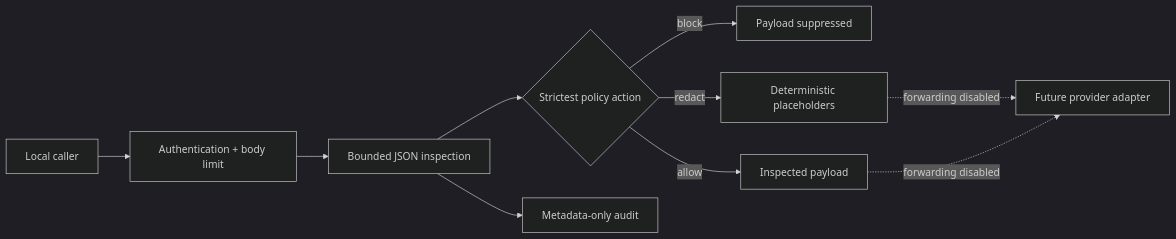
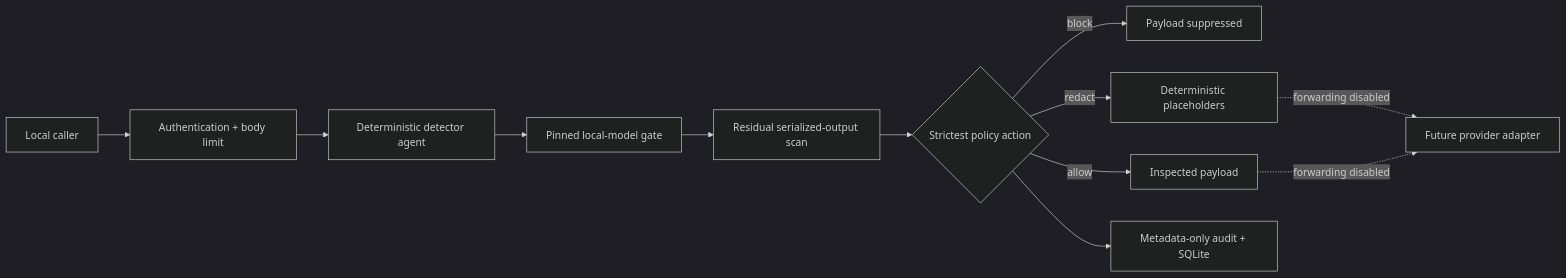
One commit to manufaujdar/ai-firewall changed the diagram in README.md. Above: the diagram before and after it, drawn with Mermaid (dark theme). The commit also changed other lines of this file and 28 other files, not shown here.

````diff
--- a/README.md
+++ b/README.md
@@ -66,12 +78,14 @@
 ```mermaid
 flowchart LR
     A["Local caller"] --> B["Authentication + body limit"]
-    B --> C["Bounded JSON inspection"]
-    C --> D{"Strictest policy action"}
+    B --> C["Deterministic detector agent"]
+    C --> M["Pinned local-model gate"]
+    M --> R["Residual serialized-output scan"]
+    R --> D{"Strictest policy action"}
     D -->|block| E["Payload suppressed"]
     D -->|redact| F["Deterministic placeholders"]
     D -->|allow| G["Inspected payload"]
-    C --> H["Metadata-only audit"]
+    D --> H["Metadata-only audit + SQLite"]
     F -. "forwarding disabled" .-> I["Future provider adapter"]
     G -. "forwarding disabled" .-> I
 ```
````
